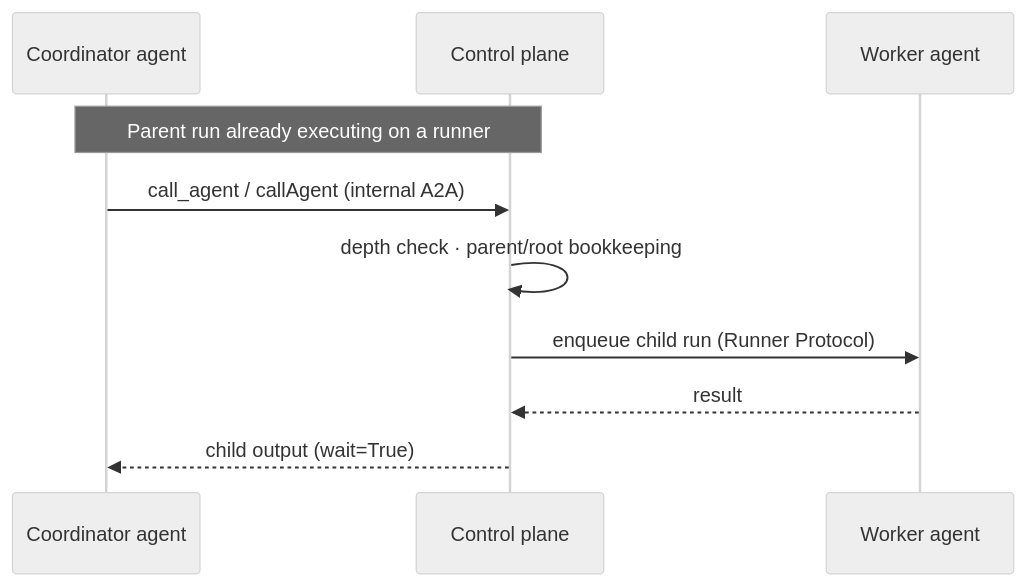
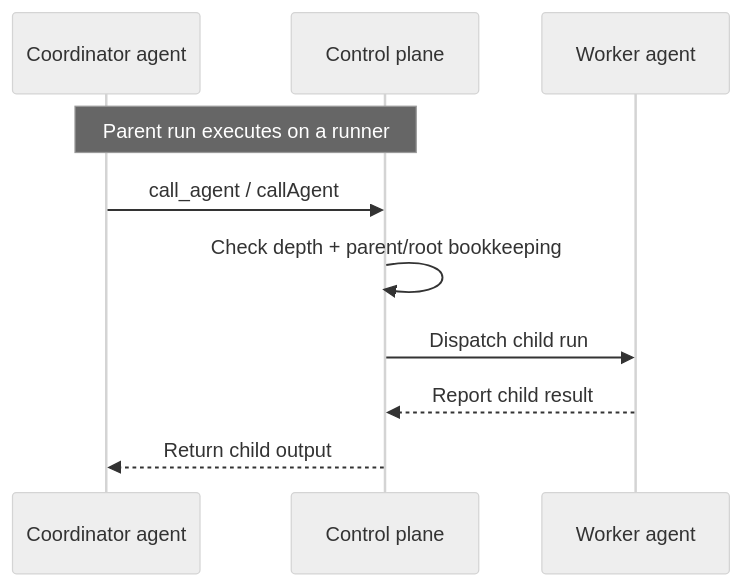
Before and after one commit to getrunkite/runkite: the second of 2 diagrams in README.md, drawn with Mermaid (neutral theme). The commit also changed other lines of this file and 9 other files, not shown here.

````diff
--- a/README.md
+++ b/README.md
@@ -178,13 +171,13 @@
-```mermaid
+~~~mermaid
 sequenceDiagram
   participant Coord as Coordinator agent
   participant CP as Control plane
   participant Work as Worker agent
 
-  Note over Coord,CP: Parent run already executing on a runner
-  Coord->>CP: call_agent / callAgent (internal A2A)
-  CP->>CP: depth check · parent/root bookkeeping
-  CP->>Work: enqueue child run (Runner Protocol)
-  Work-->>CP: result
-  CP-->>Coord: child output (wait=True)
-```
+  Note over Coord,CP: Parent run executes on a runner
+  Coord->>CP: call_agent / callAgent
+  CP->>CP: Check depth + parent/root bookkeeping
+  CP->>Work: Dispatch child run
+  Work-->>CP: Report child result
+  CP-->>Coord: Return child output
+~~~
````
